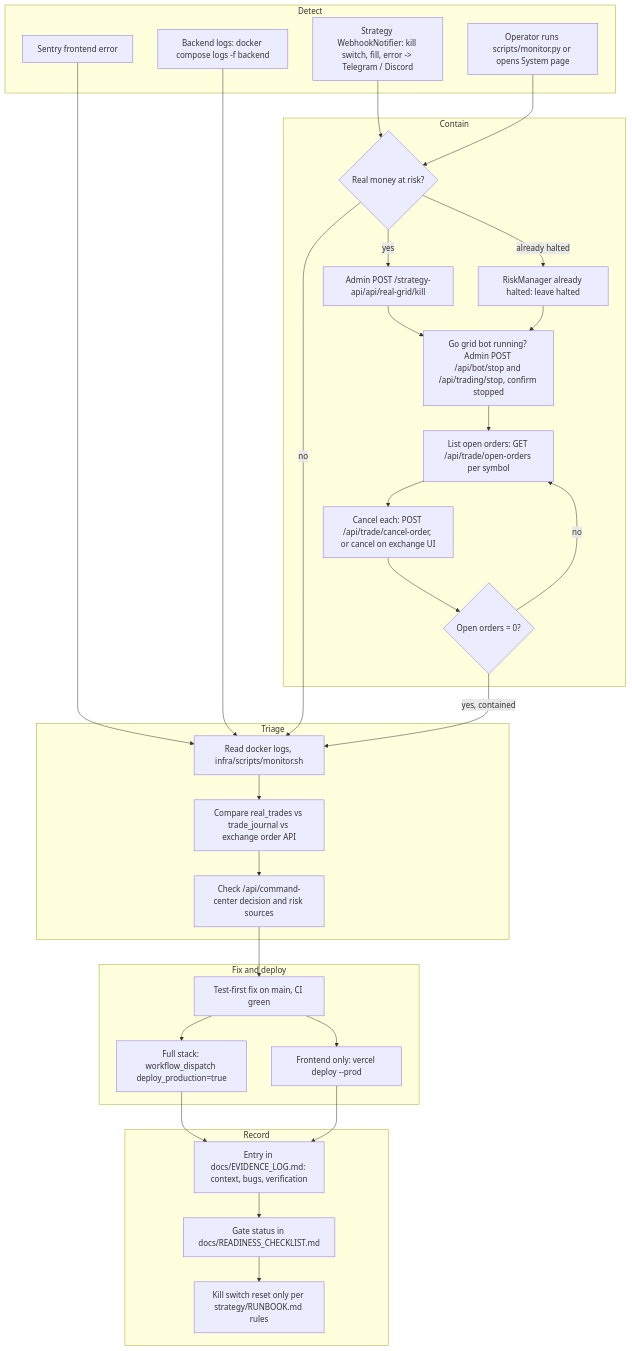
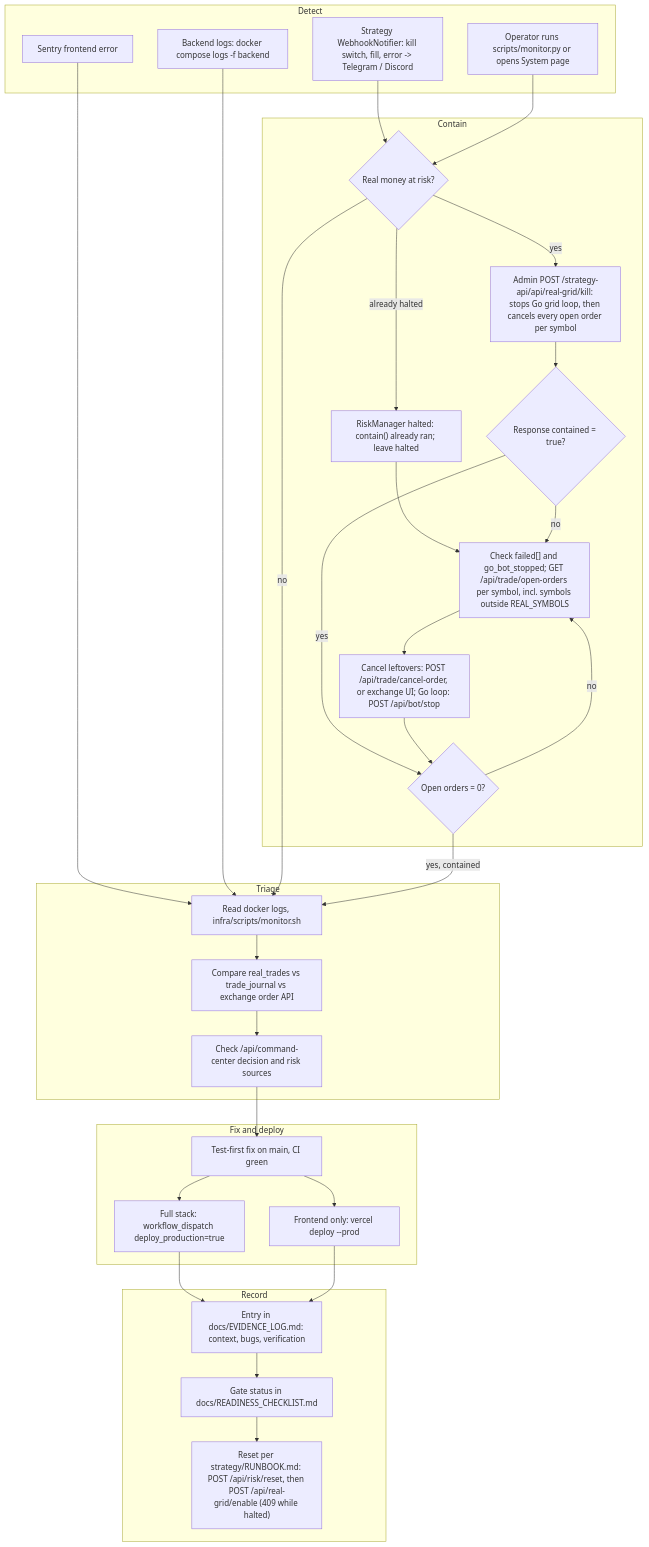
One commit to bookchaowalit-ai/finance-booktrading changed the diagram in docs/diagrams/21-incident-response.md. Above: the diagram before and after it, drawn with Mermaid. The commit also changed other lines of this file and 7 other files, not shown here.

First line of the commit message:
docs: update diagram pack for the wallet-key, gRPC/WS auth, risk-per-trade and kill fixes

````diff
--- a/docs/diagrams/21-incident-response.md
+++ b/docs/diagrams/21-incident-response.md
@@ -6,52 +6,53 @@
 ```mermaid
 flowchart TD
     subgraph Detect["Detect"]
         A1["Strategy WebhookNotifier: kill switch, fill, error -> Telegram / Discord"]
         A2["Sentry frontend error"]
         A3["Operator runs scripts/monitor.py or opens System page"]
         A4["Backend logs: docker compose logs -f backend"]
     end
     subgraph Contain["Contain"]
         C1{"Real money at risk?"}
-        C2["Admin POST /strategy-api/api/real-grid/kill"]
-        C3["RiskManager already halted: leave halted"]
-        C2b["Go grid bot running? Admin POST /api/bot/stop and /api/trading/stop, confirm stopped"]
-        C4["List open orders: GET /api/trade/open-orders per symbol"]
-        C5["Cancel each: POST /api/trade/cancel-order, or cancel on exchange UI"]
+        C2["Admin POST /strategy-api/api/real-grid/kill: stops Go grid loop, then cancels every open order per symbol"]
+        C3["RiskManager halted: contain() already ran; leave halted"]
+        C2b{"Response contained = true?"}
+        C4["Check failed[] and go_bot_stopped; GET /api/trade/open-orders per symbol, incl. symbols outside REAL_SYMBOLS"]
+        C5["Cancel leftovers: POST /api/trade/cancel-order, or exchange UI; Go loop: POST /api/bot/stop"]
         C6{"Open orders = 0?"}
     end
     subgraph Triage["Triage"]
         T1["Read docker logs, infra/scripts/monitor.sh"]
         T2["Compare real_trades vs trade_journal vs exchange order API"]
         T3["Check /api/command-center decision and risk sources"]
     end
     subgraph Fix["Fix and deploy"]
         F1["Test-first fix on main, CI green"]
         F2["Full stack: workflow_dispatch deploy_production=true"]
         F3["Frontend only: vercel deploy --prod"]
     end
     subgraph Learn["Record"]
         P1["Entry in docs/EVIDENCE_LOG.md: context, bugs, verification"]
         P2["Gate status in docs/READINESS_CHECKLIST.md"]
-        P3["Kill switch reset only per strategy/RUNBOOK.md rules"]
+        P3["Reset per strategy/RUNBOOK.md: POST /api/risk/reset, then POST /api/real-grid/enable (409 while halted)"]
     end
     A1 --> C1
     A2 --> T1
     A3 --> C1
     A4 --> T1
     C1 -->|"yes"| C2
     C1 -->|"already halted"| C3
     C1 -->|"no"| T1
     C2 --> C2b
-    C3 --> C2b
-    C2b --> C4
+    C3 --> C4
+    C2b -->|"no"| C4
+    C2b -->|"yes"| C6
     C4 --> C5 --> C6
     C6 -->|"no"| C4
     C6 -->|"yes, contained"| T1
     T1 --> T2 --> T3 --> F1
     F1 --> F2
     F1 --> F3
     F2 --> P1
     F3 --> P1
     P1 --> P2 --> P3
 ```
````
